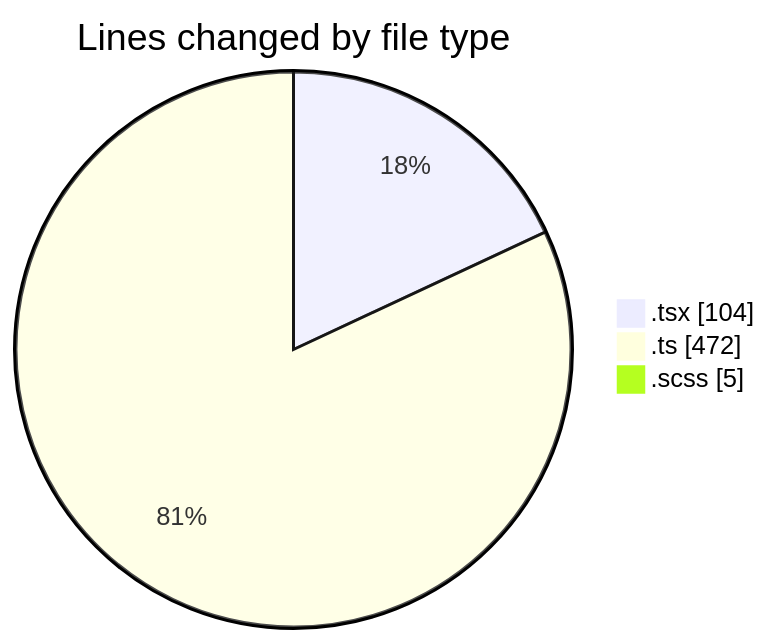
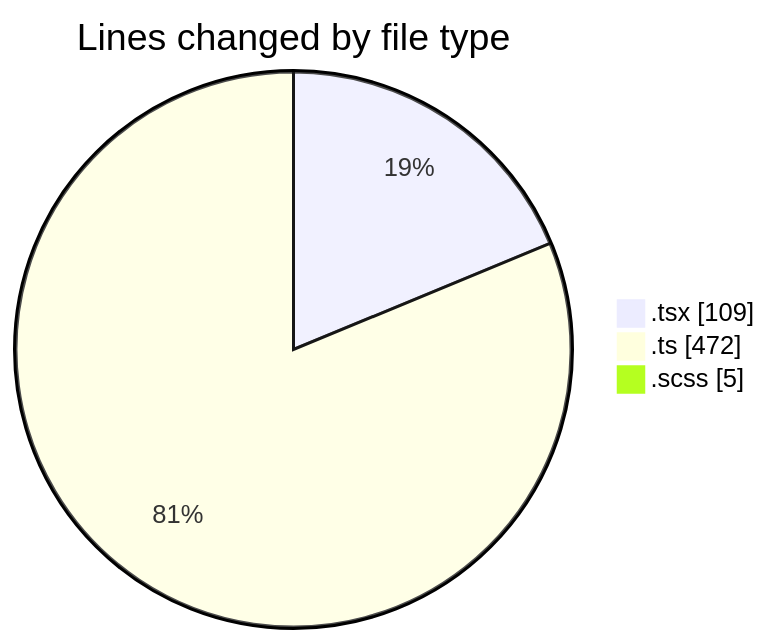
Before and after one commit to momahboobian/code-tracking: the first of 2 diagrams in 2025-10-07/cda/README.md, drawn with Mermaid. The commit also changed other lines of this file and 1 other file, not shown here.

````diff
--- a/2025-10-07/cda/README.md
+++ b/2025-10-07/cda/README.md
@@ -25,7 +25,7 @@
 ```mermaid
 pie showData
 title Lines changed by file type
-".tsx" : 104
+".tsx" : 109
 ".ts" : 472
 ".scss" : 5
 ```
````
